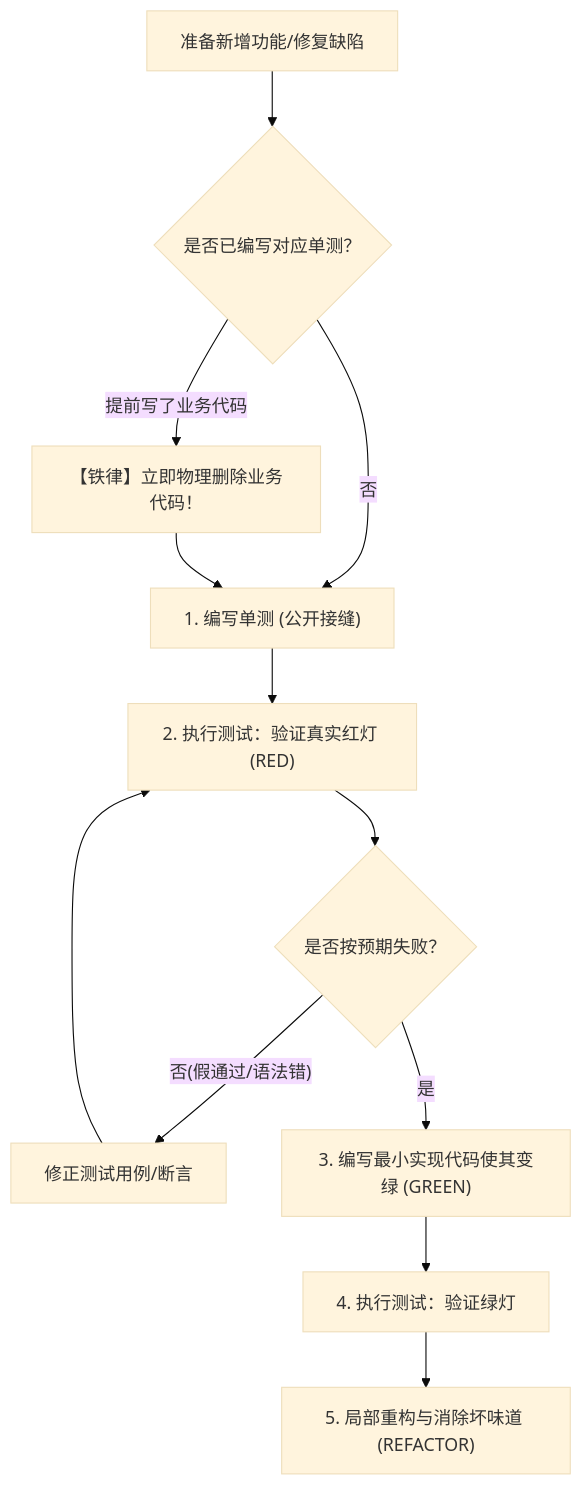
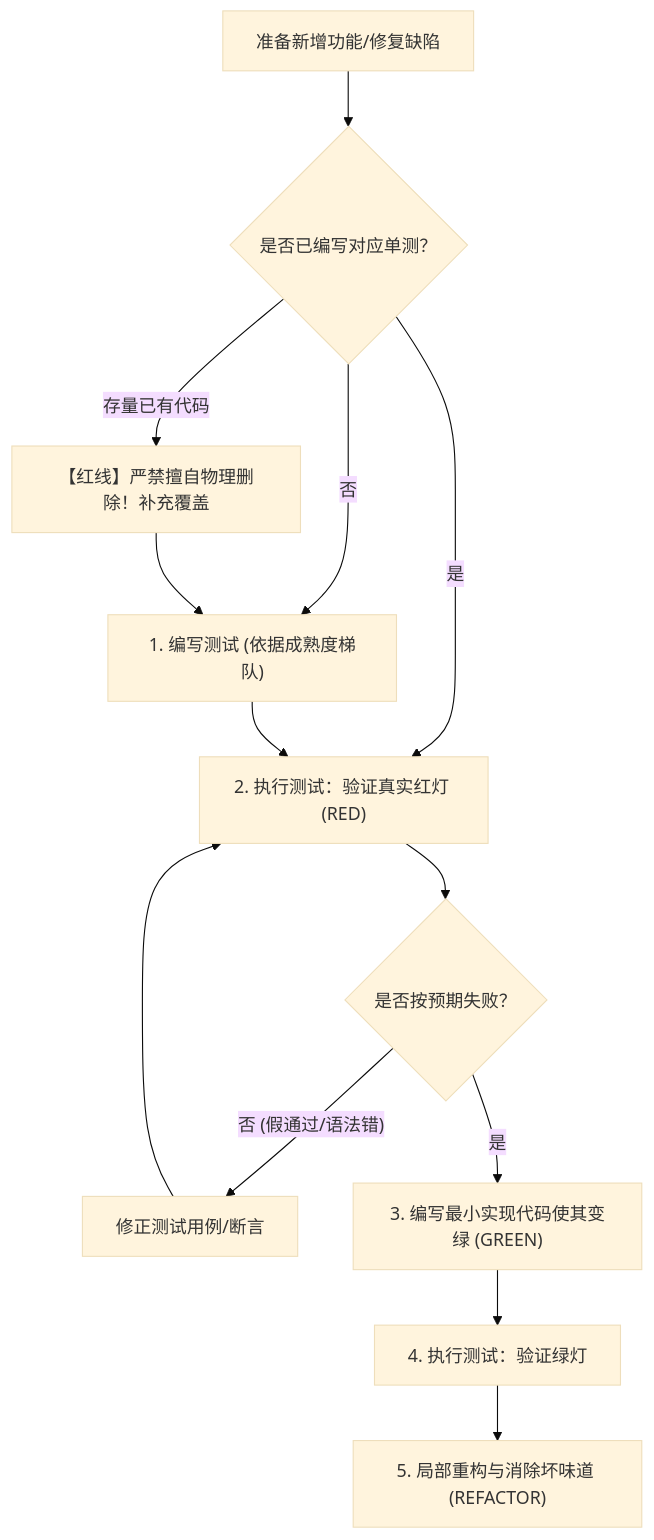
The diagram in skills/at-tdd/references/protocols/tdd-red-green-protocol.md (atengk/skills), drawn with Mermaid (base theme) before and after one commit. The commit also changed other lines of this file and 5 other files, not shown here.

````diff
--- a/skills/at-tdd/references/protocols/tdd-red-green-protocol.md
+++ b/skills/at-tdd/references/protocols/tdd-red-green-protocol.md
@@ -26,12 +28,13 @@
 ```mermaid
 flowchart TD
     Start["准备新增功能/修复缺陷"] --> TestFirst{"是否已编写对应单测？"}
-    TestFirst -- 否 --> WriteTest["1. 编写单测 (公开接缝)"]
-    TestFirst -- 提前写了业务代码 --> DeleteCode["【铁律】立即物理删除业务代码！"] --> WriteTest
-    WriteTest --> RunRed["2. 执行测试：验证真实红灯 (RED)"]
+    TestFirst -- 是 --> RunRed["2. 执行测试：验证真实红灯 (RED)"]
+    TestFirst -- 否 --> WriteTest["1. 编写测试 (依据成熟度梯队)"]
+    TestFirst -- 存量已有代码 --> Guard["【红线】严禁擅自物理删除！补充覆盖"] --> WriteTest
+    WriteTest --> RunRed
     RunRed --> CheckRed{"是否按预期失败？"}
-    CheckRed -- 否(假通过/语法错) --> FixTest["修正测试用例/断言"] --> RunRed
+    CheckRed -- "否 (假通过/语法错)" --> FixTest["修正测试用例/断言"] --> RunRed
     CheckRed -- 是 --> WriteMinCode["3. 编写最小实现代码使其变绿 (GREEN)"]
     WriteMinCode --> RunGreen["4. 执行测试：验证绿灯"]
     RunGreen --> Refactor["5. 局部重构与消除坏味道 (REFACTOR)"]
 ```
````
